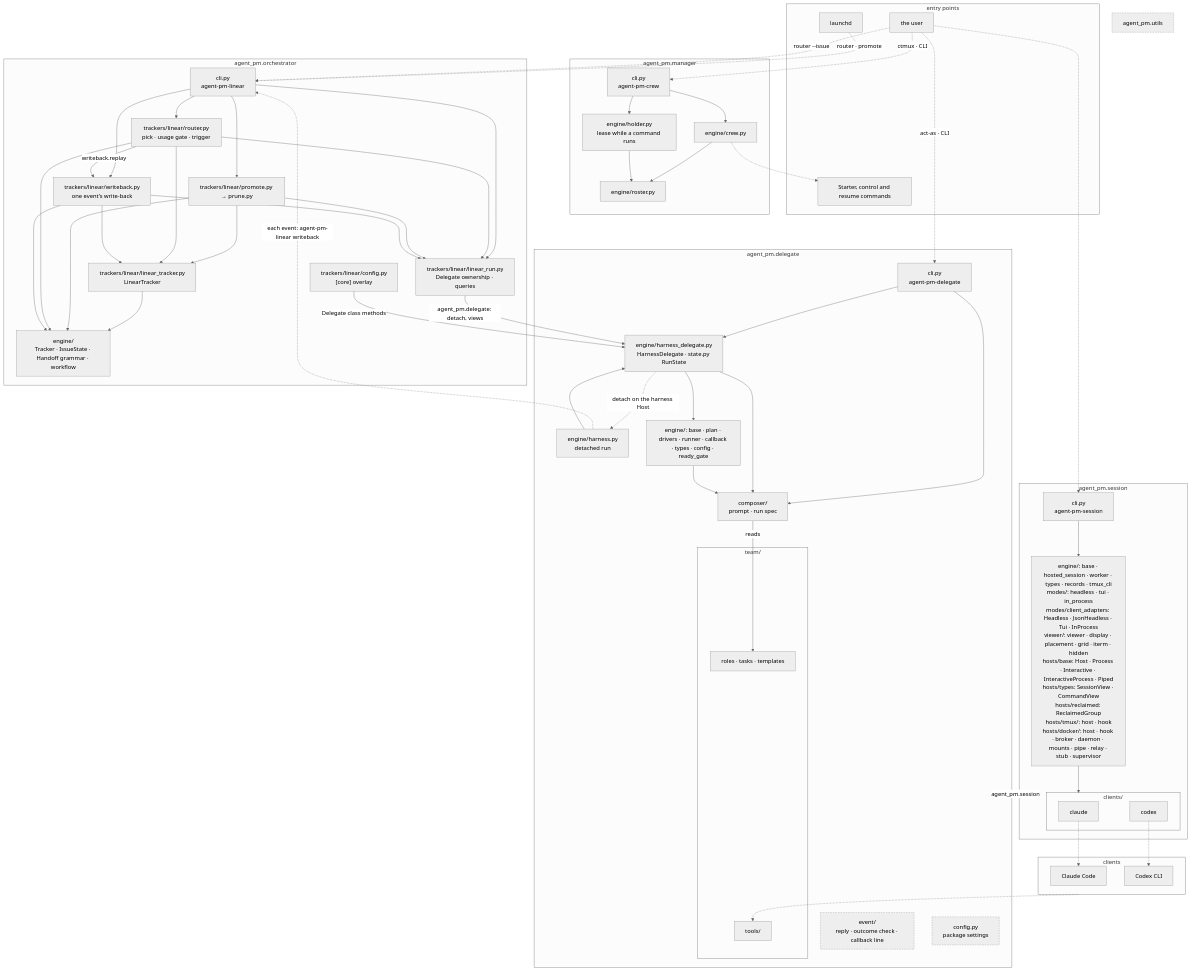
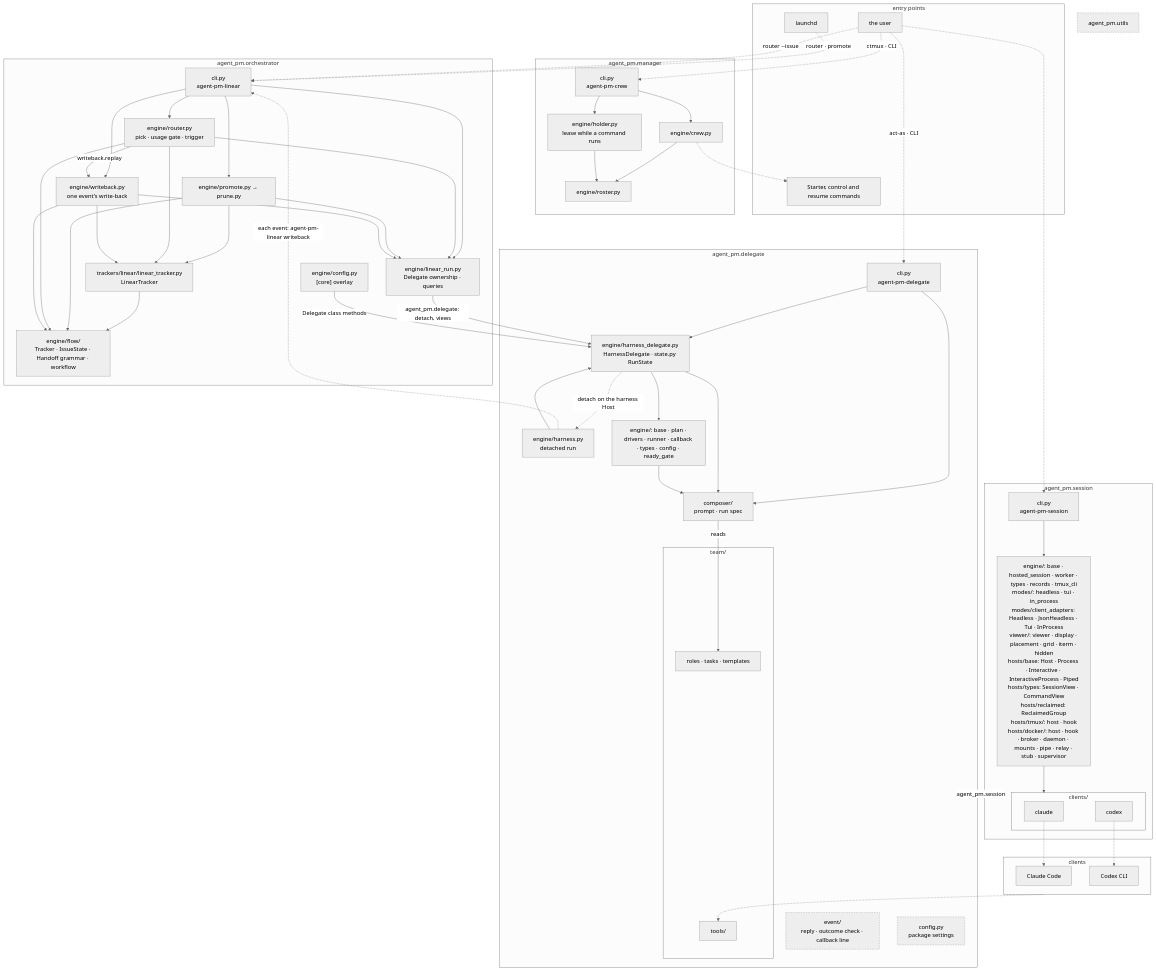
The diagram in docs/architecture.md (ophis/agent-pm), drawn with Mermaid (neutral theme) before and after one commit. The commit also changed 158 other files, not shown here.

First line of the commit message:
TASK-791: 看板规则留在 engine/，flow 挪进 engine/flow/

````diff
--- a/docs/architecture.md
+++ b/docs/architecture.md
@@ -5,78 +5,78 @@
 ```mermaid
 flowchart TB
   subgraph EN[entry points]
     LD[launchd]
     HU[the user]
     CC[Starter, control and resume commands]
   end
   subgraph MG[agent_pm.manager]
     MC["cli.py<br>agent-pm-crew"] --> W["engine/crew.py"] --> RS["engine/roster.py"]
     MC --> HO["engine/holder.py<br>lease while a command runs"] --> RS
   end
   subgraph LO[agent_pm.orchestrator]
     LCLI["cli.py<br>agent-pm-linear"]
-    R["trackers/linear/router.py<br>pick · usage gate · trigger"]
-    LR["trackers/linear/linear_run.py<br>Delegate ownership · queries"]
-    WB["trackers/linear/writeback.py<br>one event's write-back"]
-    PP["trackers/linear/promote.py → prune.py"]
+    R["engine/router.py<br>pick · usage gate · trigger"]
+    LR["engine/linear_run.py<br>Delegate ownership · queries"]
+    WB["engine/writeback.py<br>one event's write-back"]
+    PP["engine/promote.py → prune.py"]
     LT["trackers/linear/linear_tracker.py<br>LinearTracker"]
-    FL["engine/<br>Tracker · IssueState · Handoff grammar · workflow"]
-    LC["trackers/linear/config.py<br>[core] overlay"]
+    FL["engine/flow/<br>Tracker · IssueState · Handoff grammar · workflow"]
+    LC["engine/config.py<br>[core] overlay"]
   end
   subgraph DL[agent_pm.delegate]
     D["cli.py<br>agent-pm-delegate"]
     HD["engine/harness_delegate.py<br>HarnessDelegate · state.py RunState"]
     H["engine/harness.py<br>detached run"]
     E["engine/: base · plan · drivers · runner · callback · types · config · ready_gate"]
     C["composer/<br>prompt · run spec"]
     EV["event/<br>reply · outcome check · callback line"]
     CF["config.py<br>package settings"]
     subgraph TM[team/]
       T["roles · tasks · templates"]
       AT[tools/]
     end
   end
   subgraph SE[agent_pm.session]
     SC["cli.py<br>agent-pm-session"]
     DR["engine/: base · hosted_session · worker · types · records · tmux_cli<br>modes/: headless · tui · in_process<br>modes/client_adapters: Headless · JsonHeadless · Tui · InProcess<br>viewer/: viewer · display · placement · grid · iterm · hidden<br>hosts/base: Host · Process · Interactive · InteractiveProcess · Piped<br>hosts/types: SessionView · CommandView<br>hosts/reclaimed: ReclaimedGroup<br>hosts/tmux/: host · hook<br>hosts/docker/: host · hook · broker · daemon · mounts · pipe · relay · stub · supervisor"]
     subgraph AD[clients/]
       CL[claude]
       CX[codex]
     end
   end
   U[agent_pm.utils]
   subgraph RT[clients]
     P1[Claude Code]
     P2[Codex CLI]
   end
   LD -.->|"router · promote"| LCLI
   HU -.->|"router --issue"| LCLI
   HU -.->|"act-as · CLI"| D
   HU -.->|"ctmux · CLI"| MC
   HU -.-> SC
   SC --> DR
   LCLI --> R & PP & WB & LR
   R & PP & WB --> LR
   PP & R --> LT --> FL
   PP & R --> FL
   WB --> LT
   WB --> FL
   R -->|"writeback.replay"| WB
   LR -->|"agent_pm.delegate: detach, views"| HD
   H -.->|"each event: agent-pm-linear writeback"| LCLI
   LC -->|"Delegate class methods"| HD
   W -.-> CC
   D & H --> HD
   D --> C
   HD -.->|"detach on the harness Host"| H
   HD --> E & C
   E --> C
   DL -->|agent_pm.session| SE
   C -->|reads| T
   DR --> AD
   CL -.-> P1
   CX -.-> P2
   RT -.-> AT
   classDef shared stroke-dasharray: 4 3
   class EV,U,CF shared
 ```
````
